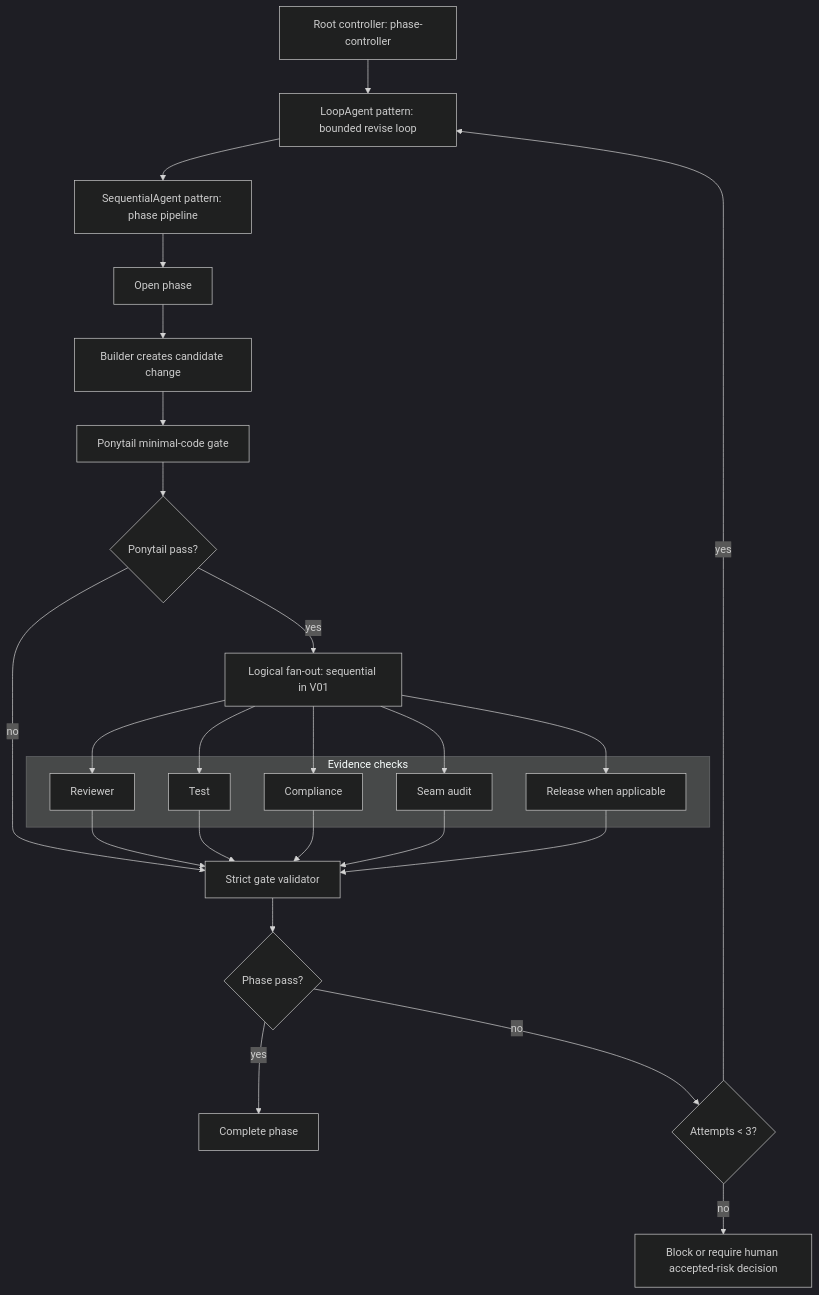
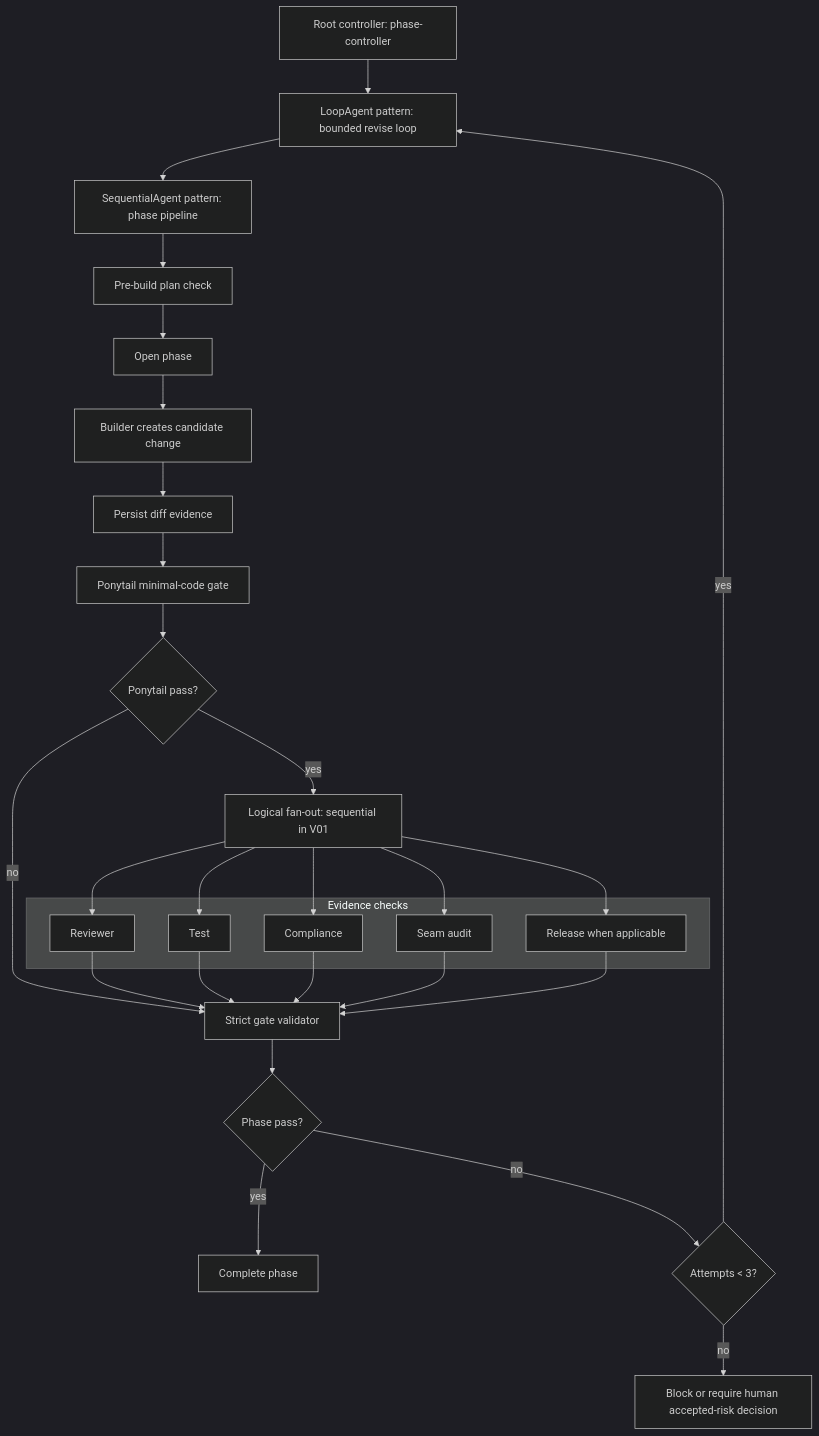
The fourth of 4 diagrams in projects/builder-team-qc/plugin/docs/orchestration-diagram.md (randy-aloop/everythingcodex), drawn with Mermaid (dark theme) before and after one commit. The commit also changed other lines of this file and 7 other files, not shown here.

````diff
--- a/projects/builder-team-qc/plugin/docs/orchestration-diagram.md
+++ b/projects/builder-team-qc/plugin/docs/orchestration-diagram.md
@@ -151,39 +172,41 @@
 ```mermaid
 flowchart TD
     ROOT["Root controller: phase-controller"] --> LOOP["LoopAgent pattern: bounded revise loop"]
     LOOP --> SEQ["SequentialAgent pattern: phase pipeline"]
 
-    SEQ --> OPEN["Open phase"]
+    SEQ --> PRE["Pre-build plan check"]
+    PRE --> OPEN["Open phase"]
     OPEN --> BUILD["Builder creates candidate change"]
-    BUILD --> PONY["Ponytail minimal-code gate"]
+    BUILD --> DIFF["Persist diff evidence"]
+    DIFF --> PONY["Ponytail minimal-code gate"]
     PONY --> PASS{"Ponytail pass?"}
 
     PASS -- "yes" --> PAR["Logical fan-out: sequential in V01"]
     PASS -- "no" --> GATE["Strict gate validator"]
 
     subgraph CHECKS["Evidence checks"]
         REV["Reviewer"]
         TEST["Test"]
         COMP["Compliance"]
         SEAM["Seam audit"]
         RELEASE["Release when applicable"]
     end
 
     PAR --> REV
     PAR --> TEST
     PAR --> COMP
     PAR --> SEAM
     PAR --> RELEASE
 
     REV --> GATE
     TEST --> GATE
     COMP --> GATE
     SEAM --> GATE
     RELEASE --> GATE
 
     GATE --> GPASS{"Phase pass?"}
     GPASS -- "yes" --> DONE["Complete phase"]
     GPASS -- "no" --> CAP{"Attempts < 3?"}
     CAP -- "yes" --> LOOP
     CAP -- "no" --> BLOCK["Block or require human accepted-risk decision"]
 ```
````
